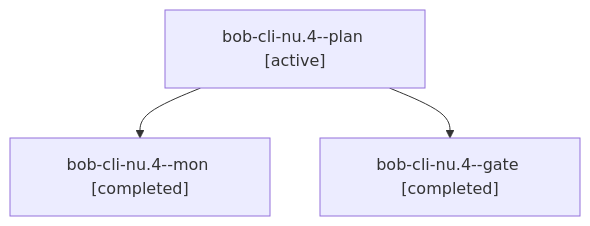
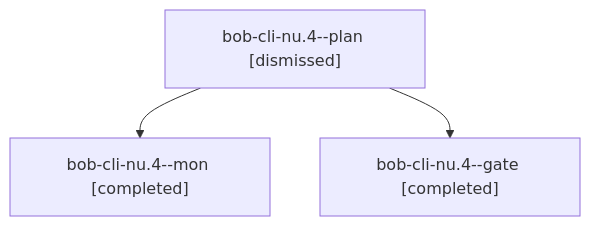
The diagram in sessions/bbugyi200.apollo.bob-cli-nu.4.md (bobs-org/bob-cli--agents), drawn with Mermaid before and after one commit. The commit also changed other lines of this file and 64 other files, not shown here.

````diff
--- a/sessions/bbugyi200.apollo.bob-cli-nu.4.md
+++ b/sessions/bbugyi200.apollo.bob-cli-nu.4.md
@@ -9,8 +9,8 @@
 ```mermaid
 flowchart TD
-  n0["bob-cli-nu.4--plan [active]"]
+  n0["bob-cli-nu.4--plan [dismissed]"]
   n1["bob-cli-nu.4--mon [completed]"]
   n0 --> n1
   n2["bob-cli-nu.4--gate [completed]"]
   n0 --> n2
 ```
````
